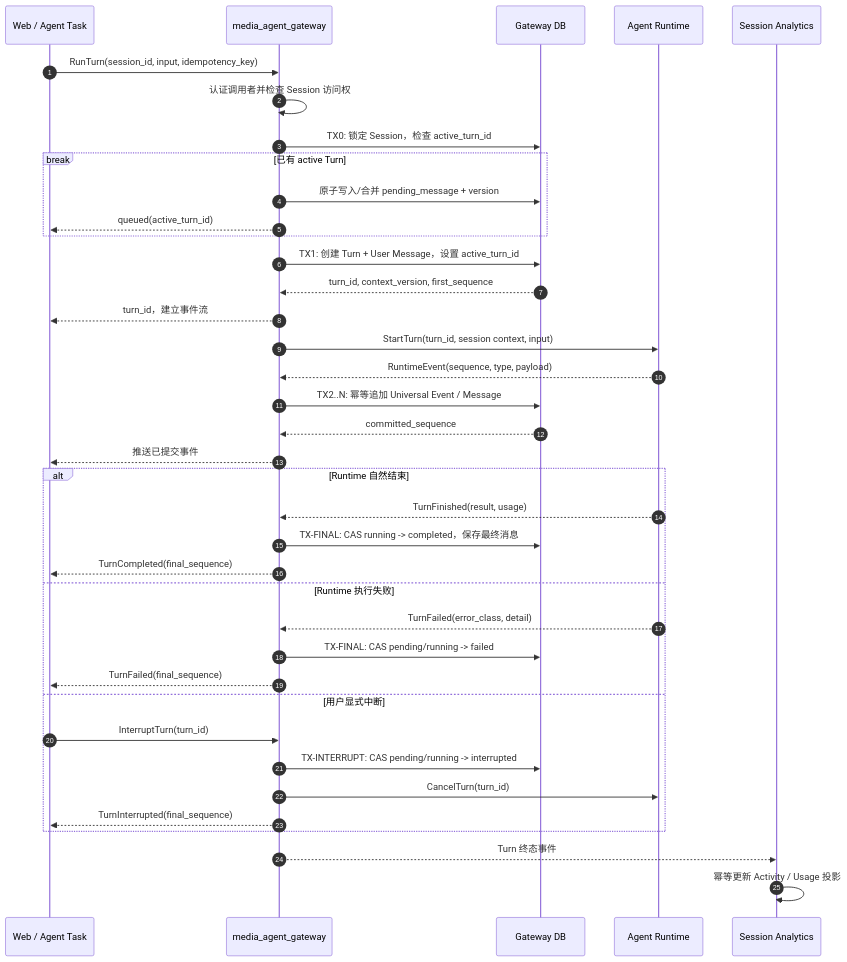
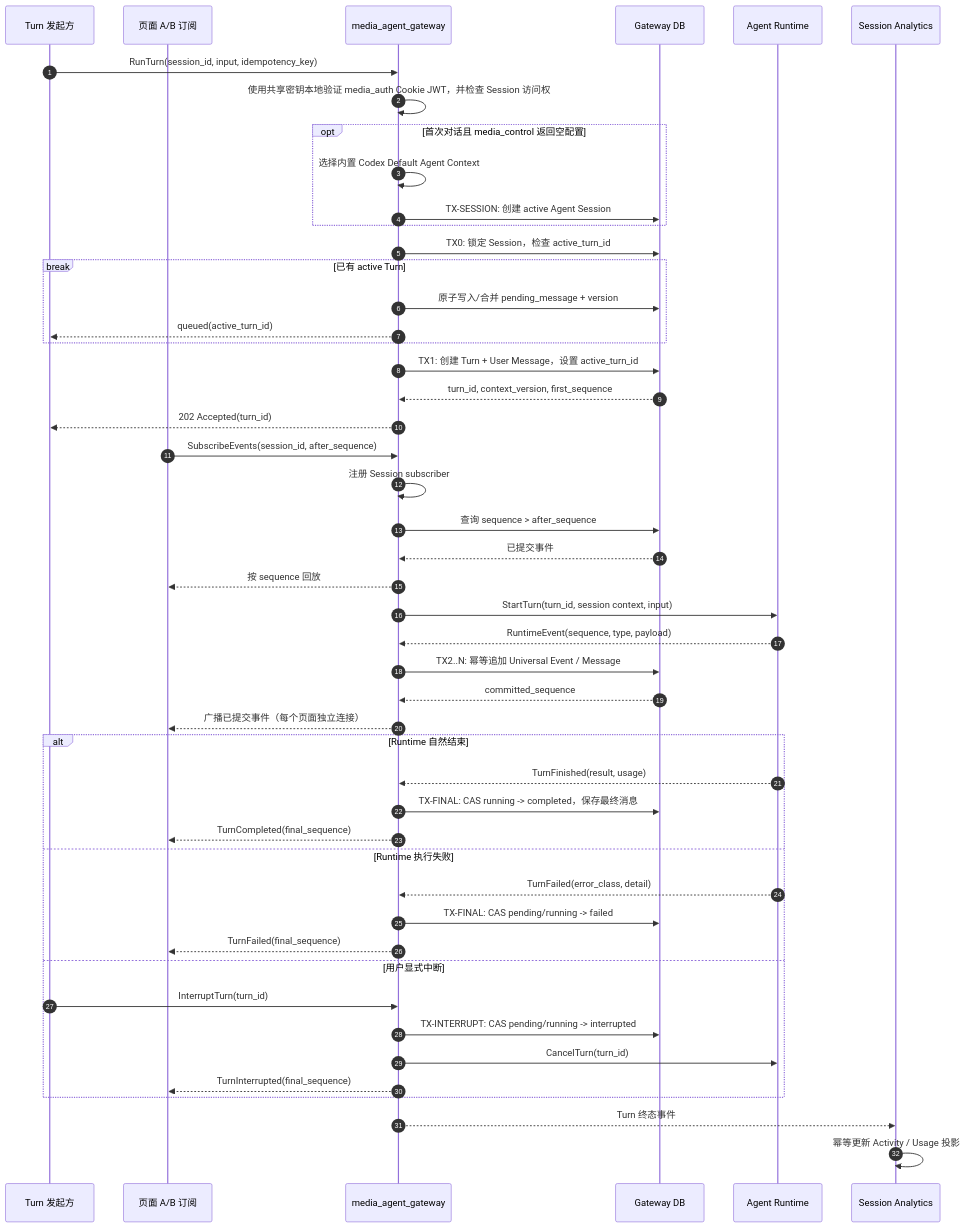
One commit to hotttao/media_agent changed the first of 2 diagrams in docs/ddd/media_agent_gateway/workflow/0001-run_turn/run_turn.md. Above: the diagram before and after it, drawn with Mermaid. The commit also changed other lines of this file and 27 other files, not shown here.

````diff
--- a/docs/ddd/media_agent_gateway/workflow/0001-run_turn/run_turn.md
+++ b/docs/ddd/media_agent_gateway/workflow/0001-run_turn/run_turn.md
@@ -26,44 +26,55 @@
 ```mermaid
 sequenceDiagram
     autonumber
-    participant C as Web / Agent Task
+    participant C as Turn 发起方
+    participant S as 页面 A/B 订阅
     participant G as media_agent_gateway
     participant DB as Gateway DB
     participant R as Agent Runtime
     participant A as Session Analytics
 
     C->>G: RunTurn(session_id, input, idempotency_key)
-    G->>G: 认证调用者并检查 Session 访问权
+    G->>G: 使用共享密钥本地验证 media_auth Cookie JWT，并检查 Session 访问权
+    opt 首次对话且 media_control 返回空配置
+        G->>G: 选择内置 Codex Default Agent Context
+        G->>DB: TX-SESSION: 创建 active Agent Session
+    end
     G->>DB: TX0: 锁定 Session，检查 active_turn_id
     break 已有 active Turn
         G->>DB: 原子写入/合并 pending_message + version
         G-->>C: queued(active_turn_id)
     end
     G->>DB: TX1: 创建 Turn + User Message，设置 active_turn_id
     DB-->>G: turn_id, context_version, first_sequence
-    G-->>C: turn_id，建立事件流
+    G-->>C: 202 Accepted(turn_id)
+
+    S->>G: SubscribeEvents(session_id, after_sequence)
+    G->>G: 注册 Session subscriber
+    G->>DB: 查询 sequence > after_sequence
+    DB-->>G: 已提交事件
+    G-->>S: 按 sequence 回放
 
     G->>R: StartTurn(turn_id, session context, input)
     R-->>G: RuntimeEvent(sequence, type, payload)
     G->>DB: TX2..N: 幂等追加 Universal Event / Message
     DB-->>G: committed_sequence
-    G-->>C: 推送已提交事件
+    G-->>S: 广播已提交事件（每个页面独立连接）
 
     alt Runtime 自然结束
         R-->>G: TurnFinished(result, usage)
         G->>DB: TX-FINAL: CAS running -> completed，保存最终消息
-        G-->>C: TurnCompleted(final_sequence)
+        G-->>S: TurnCompleted(final_sequence)
     else Runtime 执行失败
         R-->>G: TurnFailed(error_class, detail)
         G->>DB: TX-FINAL: CAS pending/running -> failed
-        G-->>C: TurnFailed(final_sequence)
+        G-->>S: TurnFailed(final_sequence)
     else 用户显式中断
         C->>G: InterruptTurn(turn_id)
         G->>DB: TX-INTERRUPT: CAS pending/running -> interrupted
         G->>R: CancelTurn(turn_id)
-        G-->>C: TurnInterrupted(final_sequence)
+        G-->>S: TurnInterrupted(final_sequence)
     end
 
     G-->>A: Turn 终态事件
     A->>A: 幂等更新 Activity / Usage 投影
 ```
````
